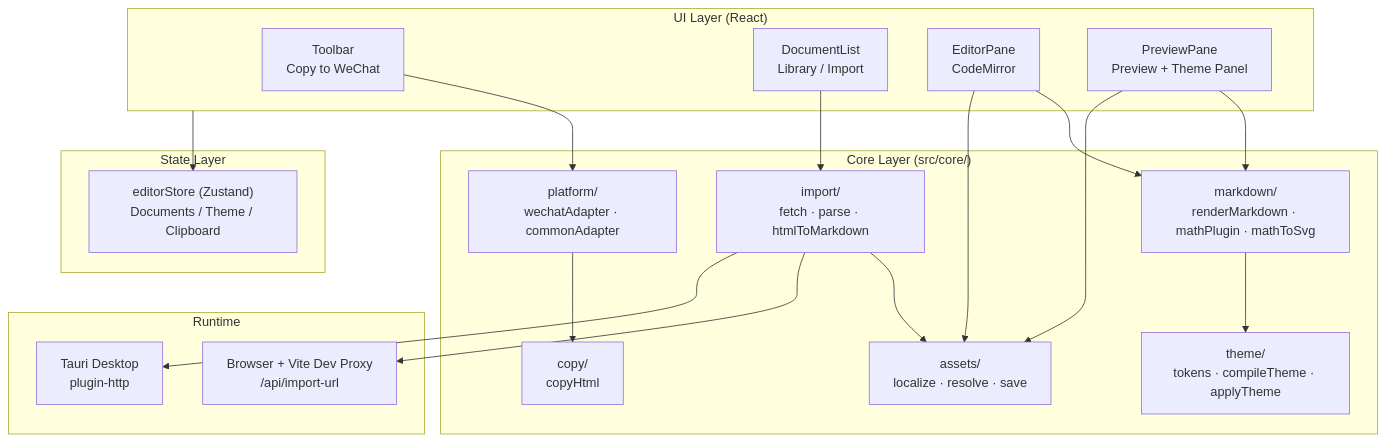
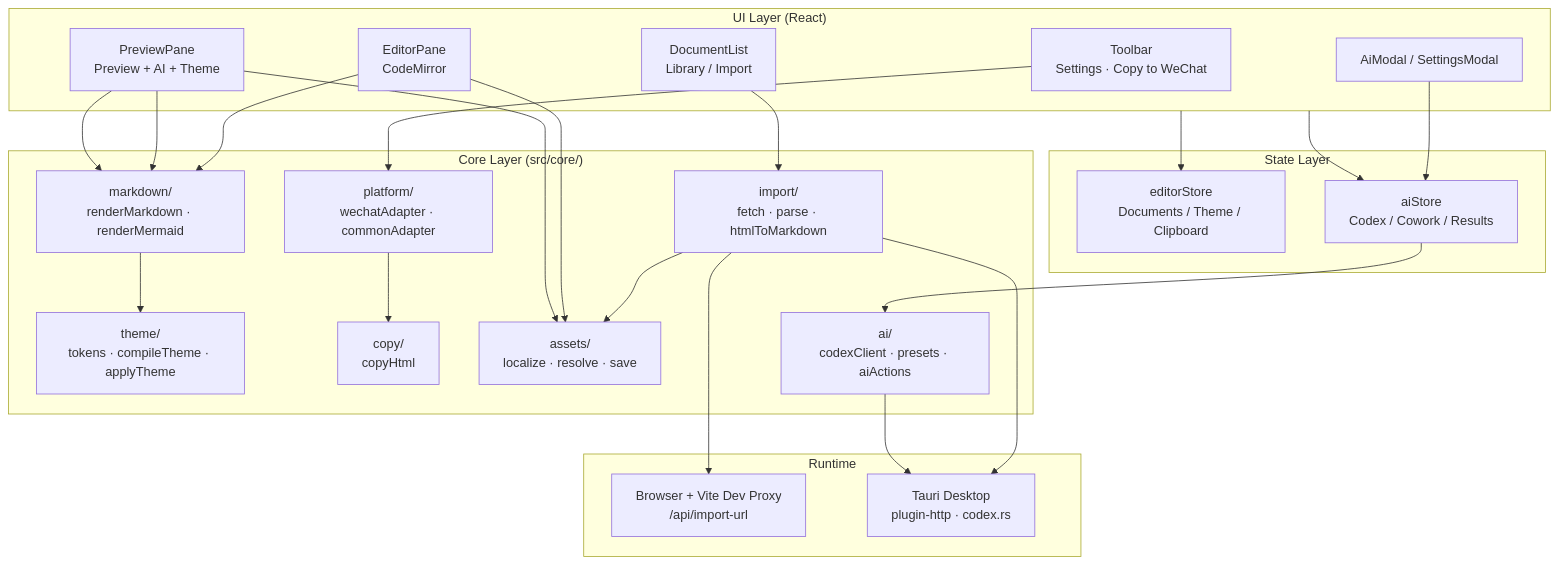
One commit to ingeniousfrog/Read2MD-Studio changed the diagram in README-EN.md. Above: the diagram before and after it, drawn with Mermaid. The commit also changed other lines of this file and 25 other files, not shown here.

First line of the commit message:
Release v0.2.0 with desktop AI assistant and Cowork pipeline.

````diff
--- a/README-EN.md
+++ b/README-EN.md
@@ -55,38 +99,45 @@
 ```mermaid
 flowchart TB
   subgraph UI["UI Layer (React)"]
-    TB[Toolbar<br/>Copy to WeChat]
+    TB[Toolbar<br/>Settings · Copy to WeChat]
     DL[DocumentList<br/>Library / Import]
     EP[EditorPane<br/>CodeMirror]
-    PP[PreviewPane<br/>Preview + Theme Panel]
+    PP[PreviewPane<br/>Preview + AI + Theme]
+    AI[AiModal / SettingsModal]
   end
 
   subgraph State["State Layer"]
-    ZS["editorStore (Zustand)<br/>Documents / Theme / Clipboard"]
+    ZS["editorStore<br/>Documents / Theme / Clipboard"]
+    AS2["aiStore<br/>Codex / Cowork / Results"]
   end
 
   subgraph Core["Core Layer (src/core/)"]
-    MD["markdown/<br/>renderMarkdown · mathPlugin · mathToSvg"]
+    MD["markdown/<br/>renderMarkdown · renderMermaid"]
     TH["theme/<br/>tokens · compileTheme · applyTheme"]
     PL["platform/<br/>wechatAdapter · commonAdapter"]
     CP["copy/<br/>copyHtml"]
     IM["import/<br/>fetch · parse · htmlToMarkdown"]
     AS["assets/<br/>localize · resolve · save"]
+    AIC["ai/<br/>codexClient · presets · aiActions"]
   end
 
   subgraph Runtime["Runtime"]
     WEB["Browser + Vite Dev Proxy<br/>/api/import-url"]
-    TAU["Tauri Desktop<br/>plugin-http"]
+    TAU["Tauri Desktop<br/>plugin-http · codex.rs"]
   end
 
   UI --> ZS
+  UI --> AS2
+  AI --> AS2 --> AIC
   EP --> MD
   PP --> MD --> TH
+  PP --> MD
   TB --> PL --> CP
   DL --> IM
   IM --> AS
   IM --> WEB
   IM --> TAU
+  AIC --> TAU
   EP --> AS
   PP --> AS
 ```
````
